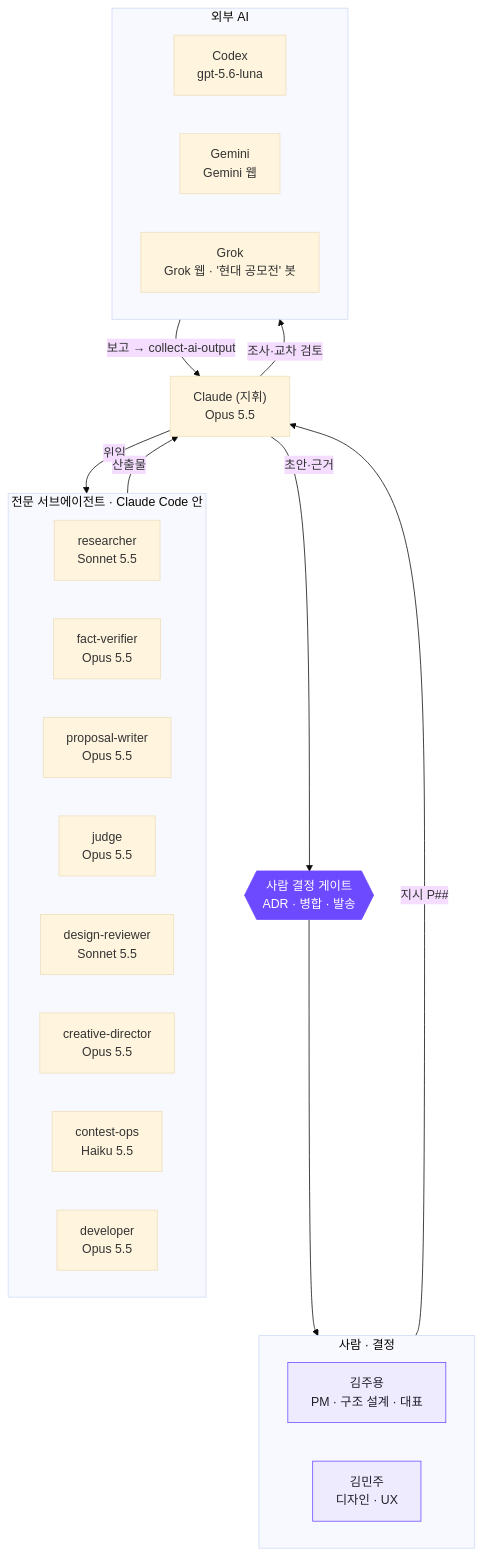
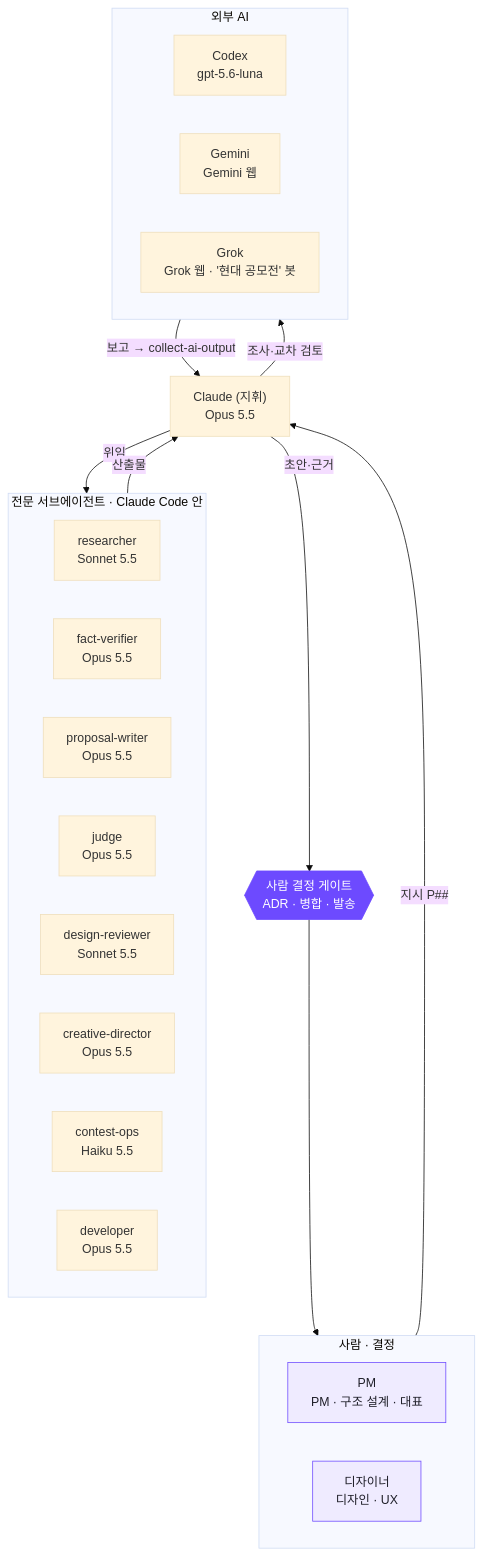
Before and after one commit to mangsanggwedo-team/codeyourapp-submission: the diagram in ai/agents.md, drawn with Mermaid (base theme). The commit also changed other lines of this file and 20 other files, not shown here.

````diff
--- a/ai/agents.md
+++ b/ai/agents.md
@@ -7,36 +7,36 @@
 ```mermaid
 flowchart TB
     subgraph H["사람 · 결정"]
-        kim_juyong["김주용<br/>PM · 구조 설계 · 대표"]
-        kim_minju["김민주<br/>디자인 · UX"]
+        pm["PM<br/>PM · 구조 설계 · 대표"]
+        designer["디자이너<br/>디자인 · UX"]
     end
     lead["Claude (지휘)<br/>Opus 5.5"]
     subgraph S["전문 서브에이전트 · Claude Code 안"]
         researcher["researcher<br/>Sonnet 5.5"]
         fact_verifier["fact-verifier<br/>Opus 5.5"]
         proposal_writer["proposal-writer<br/>Opus 5.5"]
         judge["judge<br/>Opus 5.5"]
         design_reviewer["design-reviewer<br/>Sonnet 5.5"]
         creative_director["creative-director<br/>Opus 5.5"]
         contest_ops["contest-ops<br/>Haiku 5.5"]
         developer["developer<br/>Opus 5.5"]
     end
     subgraph X["외부 AI"]
         codex["Codex<br/>gpt-5.6-luna"]
         gemini["Gemini<br/>Gemini 웹"]
         grok["Grok<br/>Grok 웹 · '현대 공모전' 봇"]
     end
     G{{"사람 결정 게이트<br/>ADR · 병합 · 발송"}}
     H -- "지시 P##" --> lead
     lead -- 위임 --> S
     lead -- 조사·교차 검토 --> X
     S -- 산출물 --> lead
     X -- "보고 → collect-ai-output" --> lead
     lead -- 초안·근거 --> G
     G --> H
     classDef human fill:#EFEBFF,stroke:#6D4AFF,color:#1F1F29
     classDef ai fill:#FFFFFF,stroke:#B9AEF5,color:#1F1F29
     classDef gate fill:#6D4AFF,stroke:#6D4AFF,color:#FFFFFF
-    class kim_juyong,kim_minju human
+    class pm,designer human
     class G gate
 ```
````
